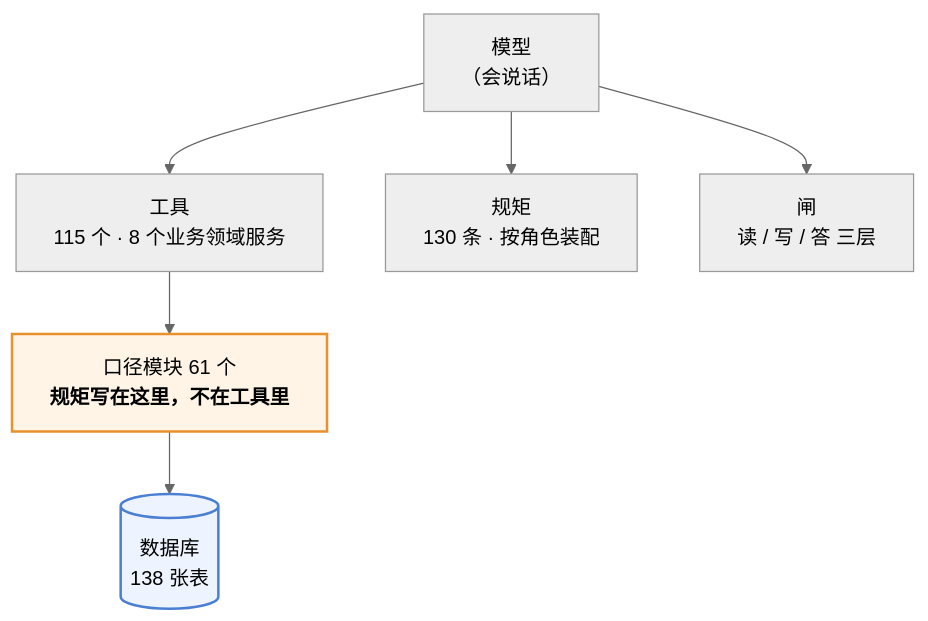
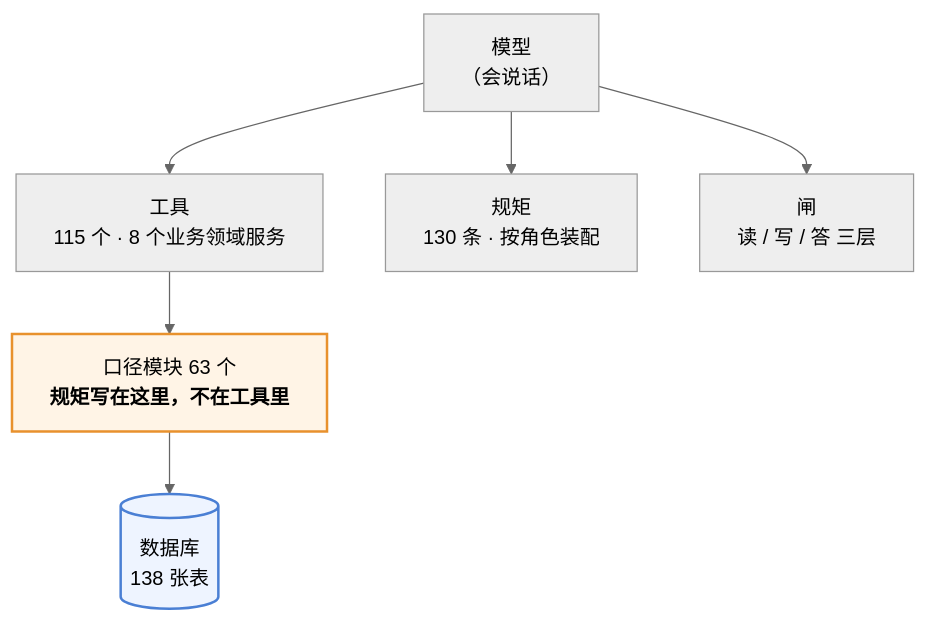
The first of 3 diagrams in 澜绣云裳agent-产品说明.md (843773296-rgb/lanxiu-yunshang-agent), drawn with Mermaid (neutral theme) before and after one commit. The commit also changed other lines of this file and 15 other files, not shown here.

````diff
--- a/澜绣云裳agent-产品说明.md
+++ b/澜绣云裳agent-产品说明.md
@@ -62,12 +62,12 @@
 ```mermaid
 flowchart TD
     M["模型<br/>（会说话）"]
     M --> T["工具<br/>115 个 · 8 个业务领域服务"]
     M --> R["规矩<br/>130 条 · 按角色装配"]
     M --> G["闸<br/>读 / 写 / 答 三层"]
-    T --> K["口径模块 61 个<br/><b>规矩写在这里，不在工具里</b>"]
+    T --> K["口径模块 63 个<br/><b>规矩写在这里，不在工具里</b>"]
     K --> DB[("数据库<br/>138 张表")]
 
     style K fill:#fff4e6,stroke:#e8912d,stroke-width:2px
     style DB fill:#eef4ff,stroke:#4a7fd4,stroke-width:2px
 ```
````
